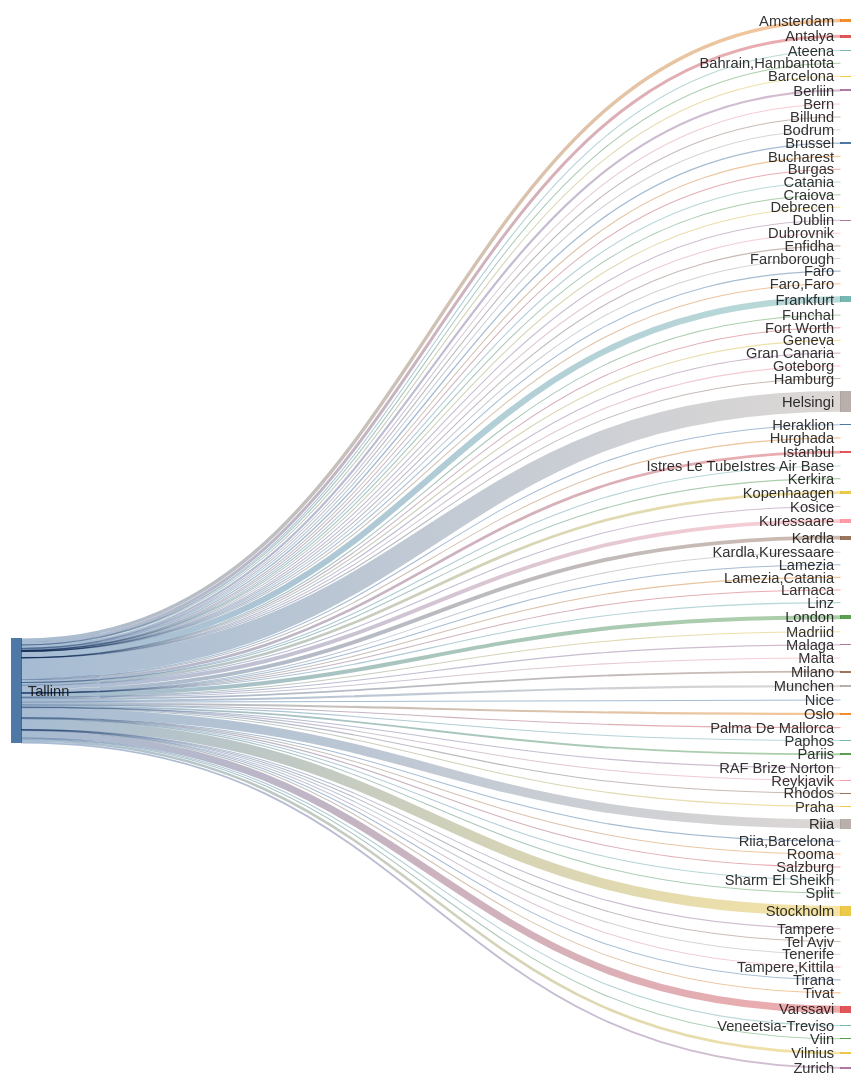
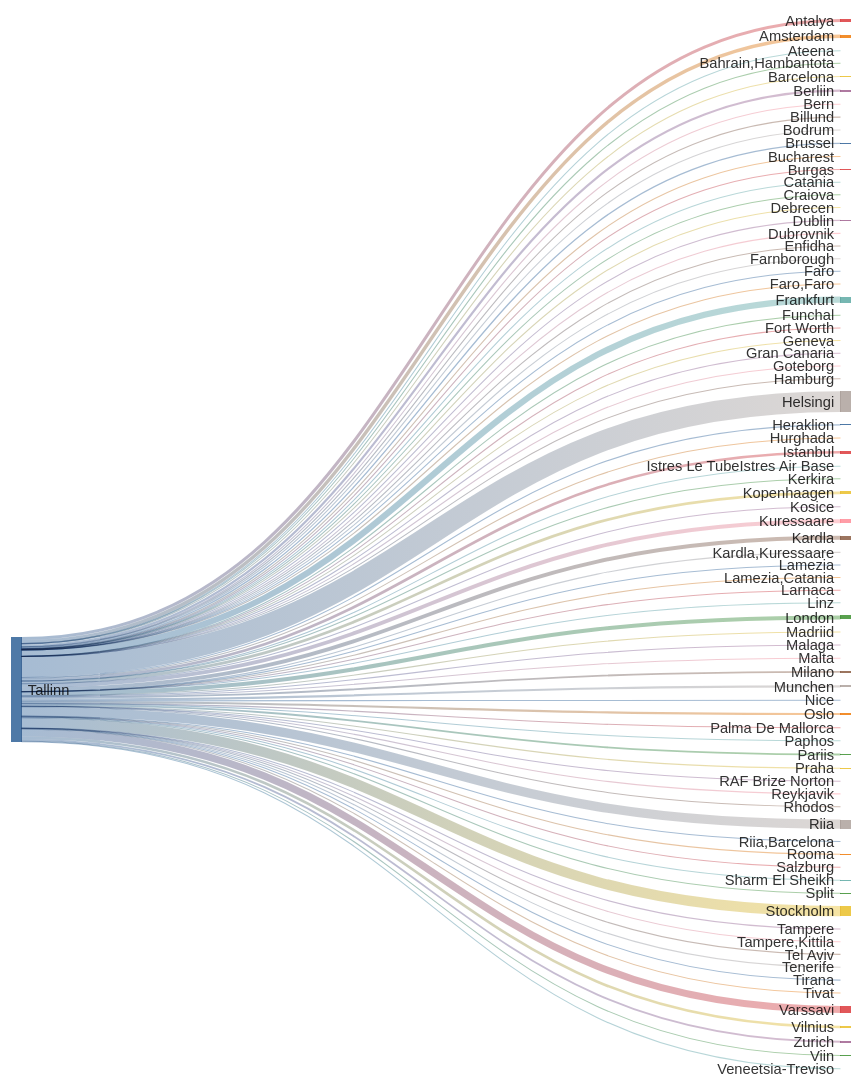
Before and after one commit to rainermesi/tll-airport-departures: the second of 2 diagrams in README.md, drawn with Mermaid. The commit also changed other lines of this file and 1 other file, not shown here.

````diff
--- a/README.md
+++ b/README.md
@@ -41,16 +41,16 @@
 ---
 sankey-beta
 %% source,target,value
-Tallinn,Amsterdam,519
-Tallinn,Antalya,460
+Tallinn,Amsterdam,521
+Tallinn,Antalya,461
 Tallinn,Ateena,16
 Tallinn,"Bahrain,Hambantota",1
 Tallinn,Barcelona,145
-Tallinn,Berliin,326
+Tallinn,Berliin,328
 Tallinn,Bern,1
 Tallinn,Billund,82
 Tallinn,Bodrum,11
-Tallinn,Brussel,200
+Tallinn,Brussel,201
 Tallinn,Bucharest,1
 Tallinn,Burgas,66
 Tallinn,Catania,2
@@ -58,65 +58,65 @@
 Tallinn,Debrecen,1
 Tallinn,Dublin,100
 Tallinn,Dubrovnik,21
-Tallinn,Enfidha,8
+Tallinn,Enfidha,9
 Tallinn,Farnborough,1
 Tallinn,Faro,4
 Tallinn,"Faro,Faro",1
 Tallinn,Fort Worth,1
-Tallinn,Frankfurt,930
+Tallinn,Frankfurt,933
 Tallinn,Funchal,5
 Tallinn,Geneva,13
 Tallinn,Gran Canaria,38
 Tallinn,Goteborg,2
 Tallinn,Hamburg,2
-Tallinn,Helsingi,3133
+Tallinn,Helsingi,3141
 Tallinn,Heraklion,110
 Tallinn,Hurghada,75
-Tallinn,Istanbul,406
+Tallinn,Istanbul,407
 Tallinn,Istres Le TubeIstres Air Base,2
 Tallinn,Kerkira,4
-Tallinn,Kopenhaagen,412
+Tallinn,Kopenhaagen,415
 Tallinn,Kosice,1
-Tallinn,Kuressaare,592
-Tallinn,Kardla,594
+Tallinn,Kuressaare,594
+Tallinn,Kardla,596
 Tallinn,"Kardla,Kuressaare",1
 Tallinn,Lamezia,1
 Tallinn,"Lamezia,Catania",3
 Tallinn,Larnaca,4
 Tallinn,Linz,2
-Tallinn,London,606
+Tallinn,London,608
 Tallinn,Madriid,4
 Tallinn,Malaga,127
 Tallinn,Malta,31
 Tallinn,Milano,277
-Tallinn,Munchen,324
+Tallinn,Munchen,326
 Tallinn,Nice,57
-Tallinn,Oslo,315
+Tallinn,Oslo,316
 Tallinn,Palma De Mallorca,35
 Tallinn,Paphos,66
-Tallinn,Pariis,275
-Tallinn,Praha,91
+Tallinn,Pariis,277
+Tallinn,Praha,92
 Tallinn,RAF Brize Norton,1
 Tallinn,Reykjavik,20
-Tallinn,Rhodos,64
-Tallinn,Riia,1409
+Tallinn,Rhodos,65
+Tallinn,Riia,1413
 Tallinn,"Riia,Barcelona",1
 Tallinn,Rooma,80
 Tallinn,Salzburg,14
 Tallinn,Sharm El Sheikh,105
-Tallinn,Split,57
-Tallinn,Stockholm,1551
+Tallinn,Split,58
+Tallinn,Stockholm,1556
 Tallinn,Tampere,17
 Tallinn,"Tampere,Kittila",21
 Tallinn,Tel Aviv,2
 Tallinn,Tenerife,58
-Tallinn,Tirana,38
+Tallinn,Tirana,39
 Tallinn,Tivat,74
-Tallinn,Varssavi,1079
+Tallinn,Varssavi,1083
 Tallinn,Veneetsia-Treviso,67
 Tallinn,Viin,106
-Tallinn,Vilnius,393
-Tallinn,Zurich,279
+Tallinn,Vilnius,394
+Tallinn,Zurich,280
 
 
 ```
````
